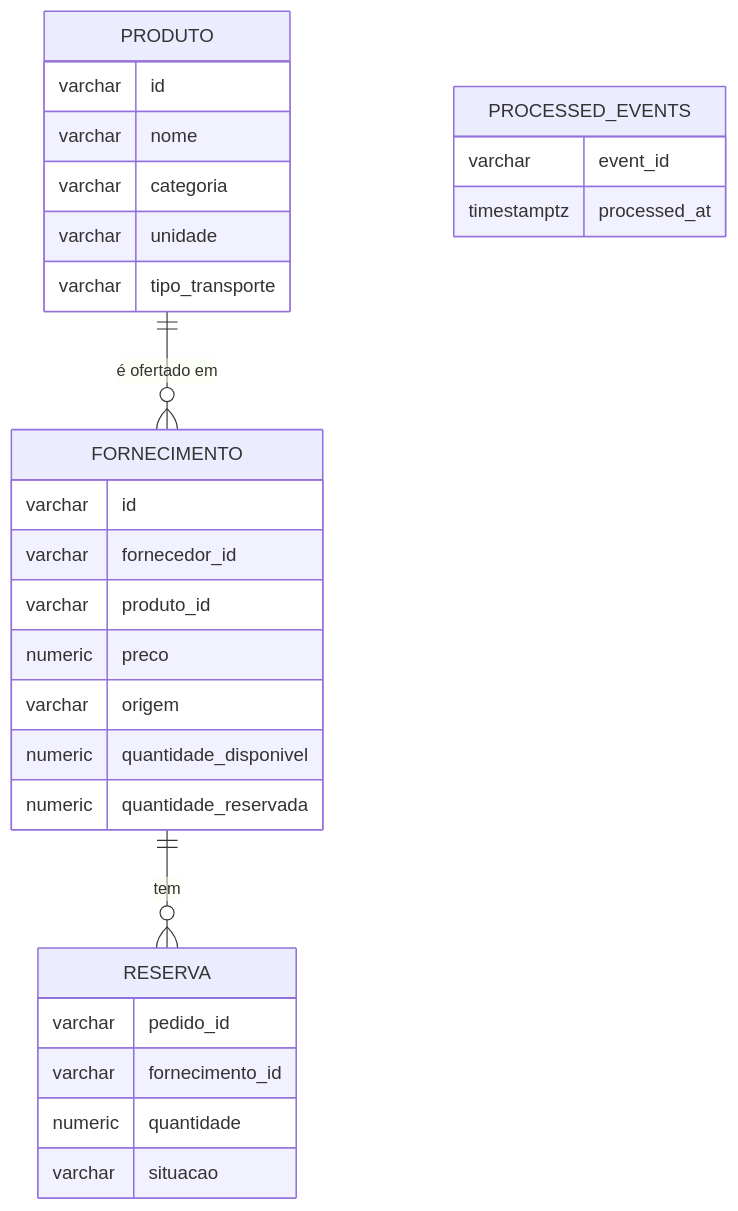
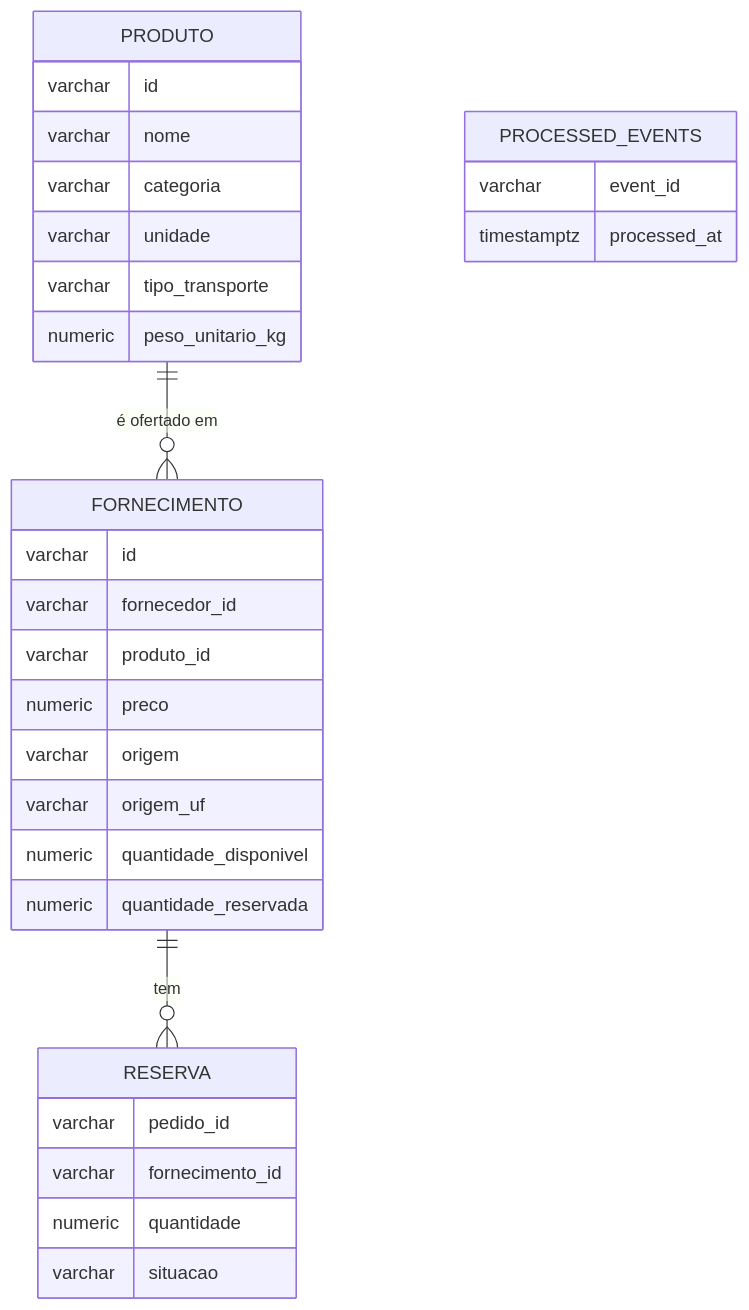
One commit to davicalvarenga/Sistema-MicServ-SD changed the second of 3 diagrams in docs/relatorio-tecnico.md. Above: the diagram before and after it, drawn with Mermaid. The commit also changed other lines of this file and 21 other files, not shown here.

````diff
--- a/docs/relatorio-tecnico.md
+++ b/docs/relatorio-tecnico.md
@@ -141,31 +141,33 @@
 ```mermaid
 erDiagram
     PRODUTO ||--o{ FORNECIMENTO : "é ofertado em"
     FORNECIMENTO ||--o{ RESERVA : "tem"
     PRODUTO {
         varchar id
         varchar nome
         varchar categoria
         varchar unidade
         varchar tipo_transporte
+        numeric peso_unitario_kg
     }
     FORNECIMENTO {
         varchar id
         varchar fornecedor_id
         varchar produto_id
         numeric preco
         varchar origem
+        varchar origem_uf
         numeric quantidade_disponivel
         numeric quantidade_reservada
     }
     RESERVA {
         varchar pedido_id
         varchar fornecimento_id
         numeric quantidade
         varchar situacao
     }
     PROCESSED_EVENTS {
         varchar event_id
         timestamptz processed_at
     }
 ```
````
